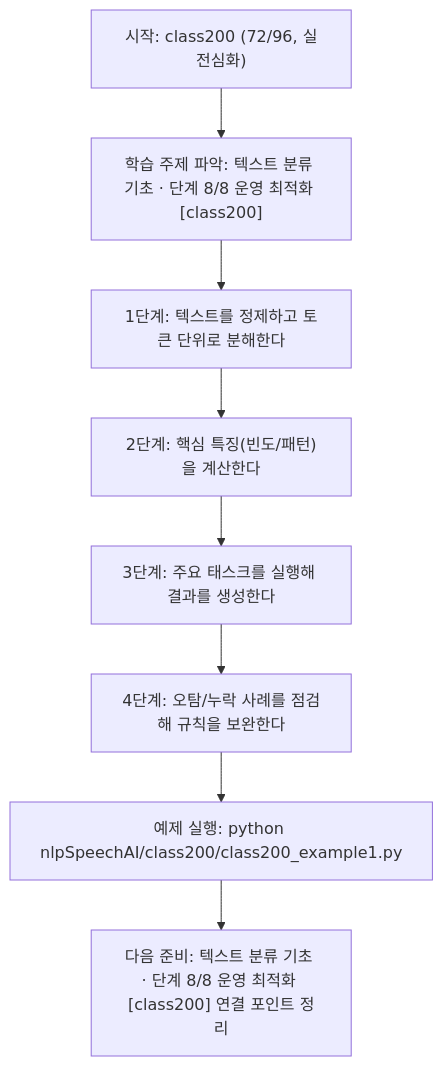
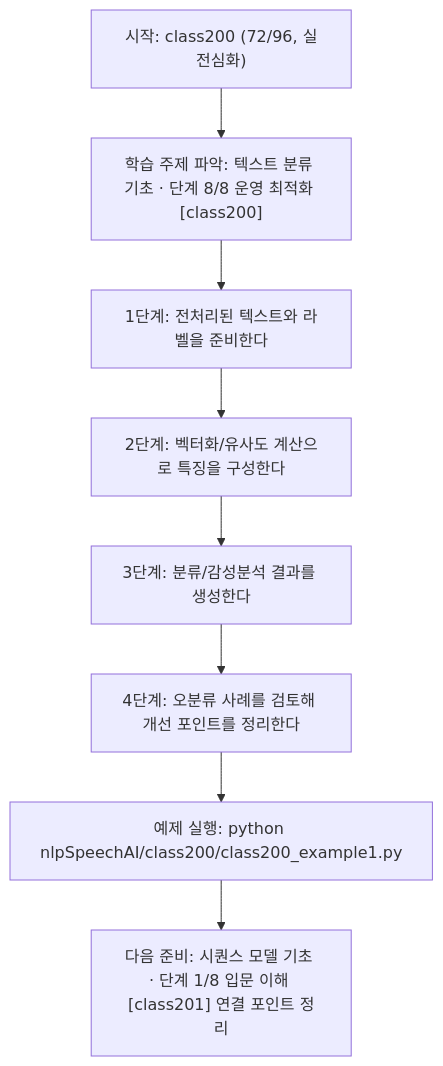
The diagram in nlpSpeechAI/class200/class200.md (edumgt/Python-AI_Agent-Class), drawn with Mermaid before and after one commit. The commit also changed other lines of this file and 1122 other files, not shown here.

````diff
--- a/nlpSpeechAI/class200/class200.md
+++ b/nlpSpeechAI/class200/class200.md
@@ -114,18 +95,18 @@
 ```mermaid
 flowchart TD
 N1["시작: class200 (72/96, 실전심화)"]
 N2["학습 주제 파악: 텍스트 분류 기초 · 단계 8/8 운영 최적화 [class200]"]
-N3["1단계: 텍스트를 정제하고 토큰 단위로 분해한다"]
-N4["2단계: 핵심 특징(빈도/패턴)을 계산한다"]
-N5["3단계: 주요 태스크를 실행해 결과를 생성한다"]
-N6["4단계: 오탐/누락 사례를 점검해 규칙을 보완한다"]
+N3["1단계: 전처리된 텍스트와 라벨을 준비한다"]
+N4["2단계: 벡터화/유사도 계산으로 특징을 구성한다"]
+N5["3단계: 분류/감성분석 결과를 생성한다"]
+N6["4단계: 오분류 사례를 검토해 개선 포인트를 정리한다"]
 N7["예제 실행: python nlpSpeechAI/class200/class200_example1.py"]
-N8["다음 준비: 텍스트 분류 기초 · 단계 8/8 운영 최적화 [class200] 연결 포인트 정리"]
+N8["다음 준비: 시퀀스 모델 기초 · 단계 1/8 입문 이해 [class201] 연결 포인트 정리"]
 N1 --> N2
 N2 --> N3
 N3 --> N4
 N4 --> N5
 N5 --> N6
 N6 --> N7
 N7 --> N8
 ```
````
